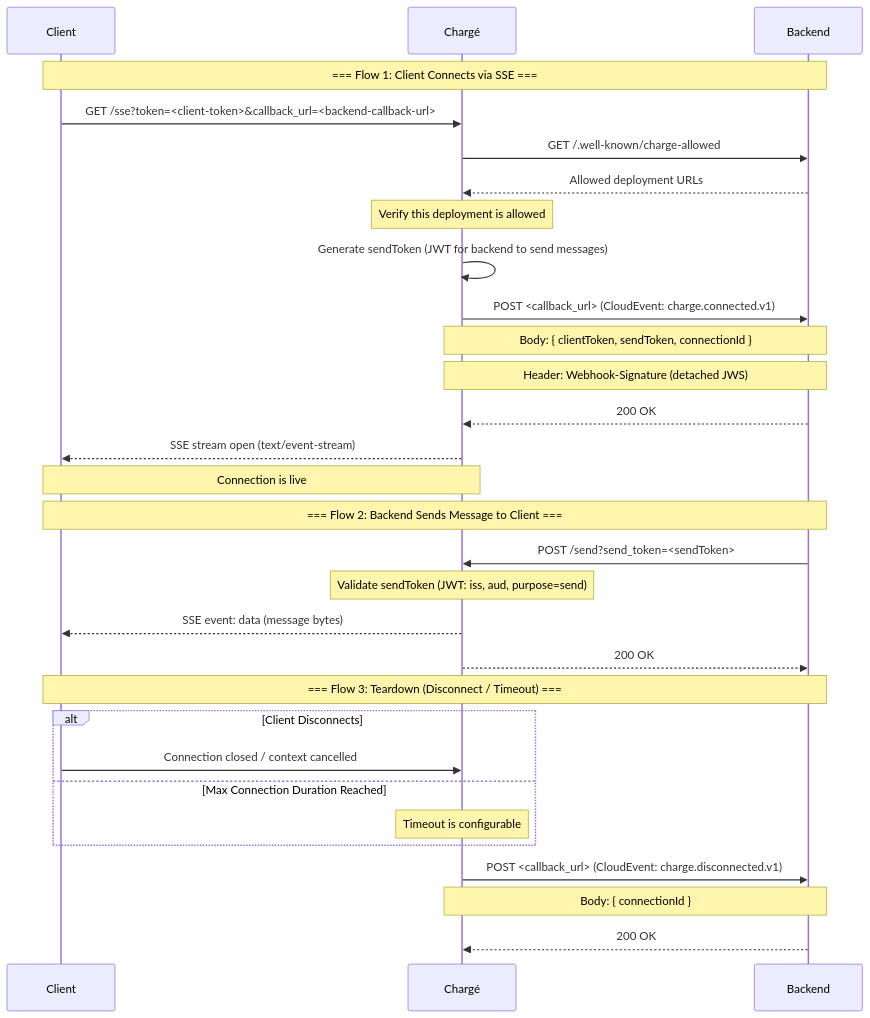
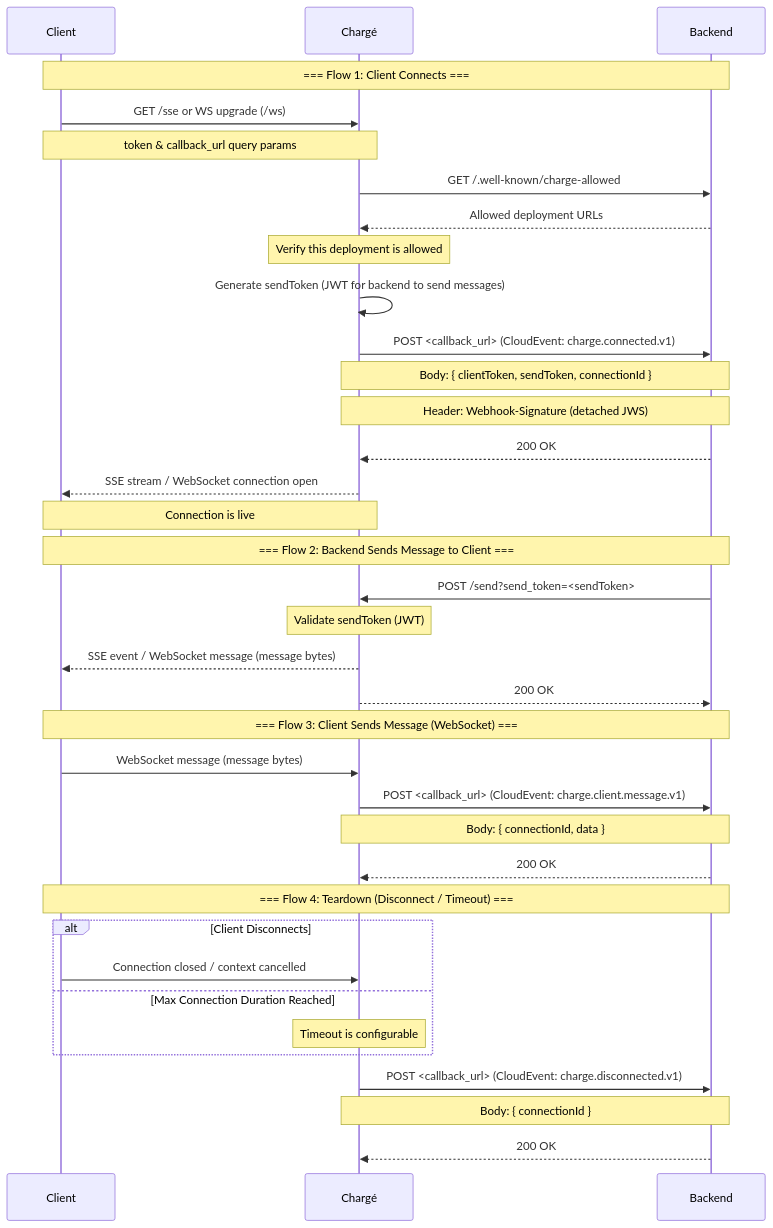
One commit to sidusio/charge changed the diagram in README.md. Above: the diagram before and after it, drawn with Mermaid.

Commit message:
chore: update readme flow to account for ws

````diff
--- a/README.md
+++ b/README.md
@@ -5,45 +5,54 @@
 ```mermaid
 sequenceDiagram
     participant Client
     participant charge as Chargé
     participant Backend
 
-    Note over Client,Backend: === Flow 1: Client Connects via SSE ===
+    Note over Client,Backend: === Flow 1: Client Connects ===
 
-    Client->>charge: GET /sse?token=<client-token>&callback_url=<backend-callback-url>
+    Client->>charge: GET /sse or WS upgrade (/ws)
+    Note over Client,charge: token & callback_url query params
 
     charge->>Backend: GET /.well-known/charge-allowed
     Backend-->>charge: Allowed deployment URLs
     Note over charge: Verify this deployment is allowed
 
     charge->>charge: Generate sendToken (JWT for backend to send messages)
 
     charge->>Backend: POST <callback_url> (CloudEvent: charge.connected.v1)
     Note over charge,Backend: Body: { clientToken, sendToken, connectionId }
     Note over charge,Backend: Header: Webhook-Signature (detached JWS)
     Backend-->>charge: 200 OK
 
-    charge-->>Client: SSE stream open (text/event-stream)
+    charge-->>Client: SSE stream / WebSocket connection open
     Note over Client,charge: Connection is live
 
 
     Note over Client,Backend: === Flow 2: Backend Sends Message to Client ===
 
     Backend->>charge: POST /send?send_token=<sendToken>
-    Note over charge: Validate sendToken (JWT: iss, aud, purpose=send)
-    charge-->>Client: SSE event: data (message bytes)
+    Note over charge: Validate sendToken (JWT)
+    charge-->>Client: SSE event / WebSocket message (message bytes)
     charge-->>Backend: 200 OK
 
 
-    Note over Client,Backend: === Flow 3: Teardown (Disconnect / Timeout) ===
+    Note over Client,Backend: === Flow 3: Client Sends Message (WebSocket) ===
+
+    Client->>charge: WebSocket message (message bytes)
+    charge->>Backend: POST <callback_url> (CloudEvent: charge.client.message.v1)
+    Note over charge,Backend: Body: { connectionId, data }
+    Backend-->>charge: 200 OK
+
+
+    Note over Client,Backend: === Flow 4: Teardown (Disconnect / Timeout) ===
 
     alt Client Disconnects
         Client->>charge: Connection closed / context cancelled
     else Max Connection Duration Reached
         Note over charge: Timeout is configurable
     end
     
     charge->>Backend: POST <callback_url> (CloudEvent: charge.disconnected.v1)
     Note over charge,Backend: Body: { connectionId }
     Backend-->>charge: 200 OK
 ```
````
